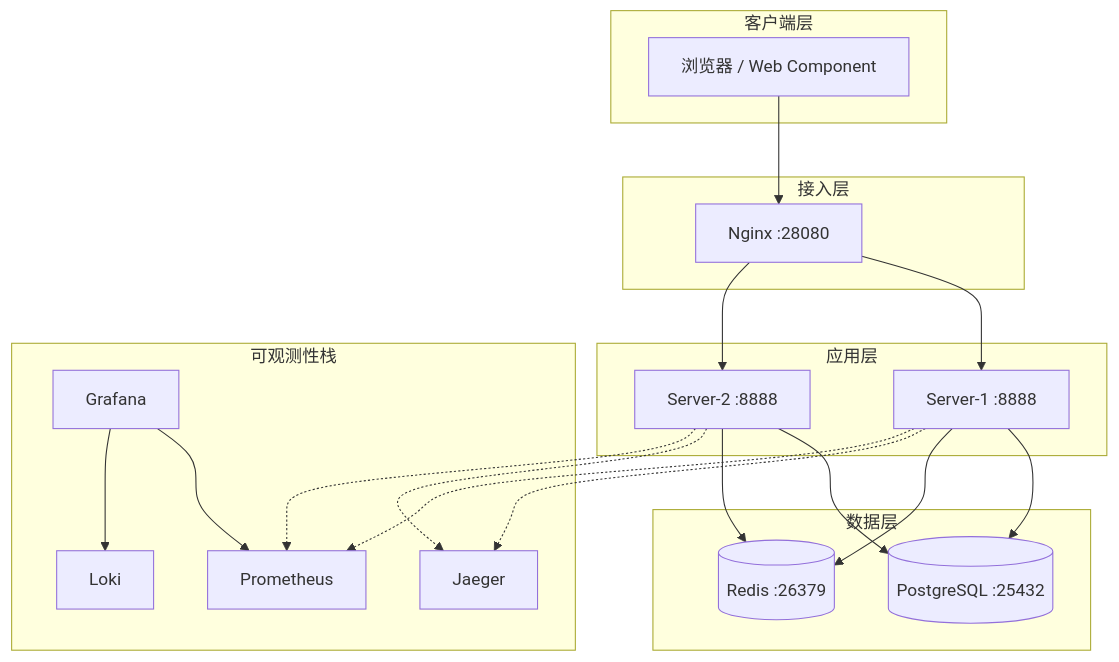
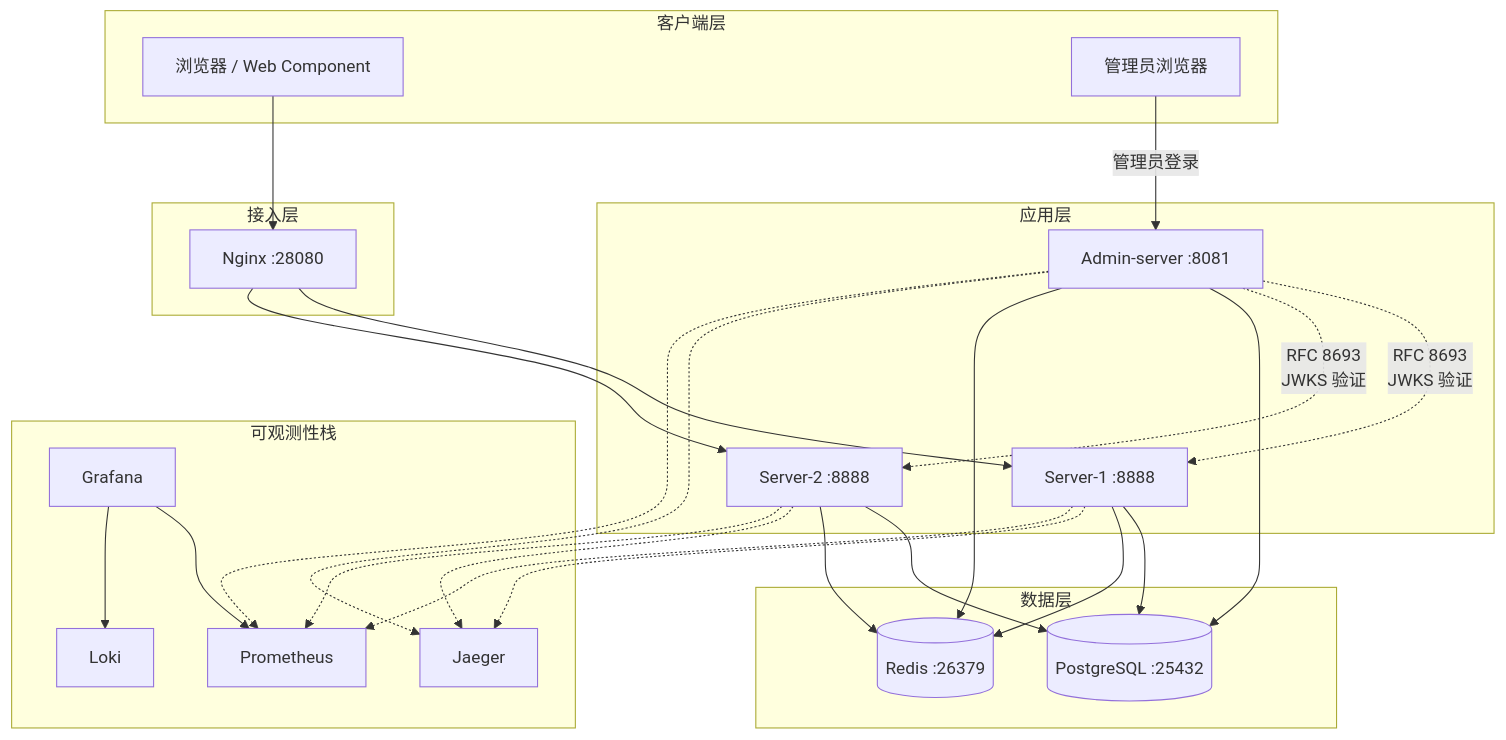
The first of 2 diagrams in src/content/docs/deployment/distributed-deploy.md (rtc-agent/docs), drawn with Mermaid before and after one commit. The commit also changed other lines of this file and 12 other files, not shown here.

````diff
--- a/src/content/docs/deployment/distributed-deploy.md
+++ b/src/content/docs/deployment/distributed-deploy.md
@@ -10,41 +10,50 @@
 ```mermaid
 flowchart TB
     subgraph Client["客户端层"]
         Client1[浏览器 / Web Component]
+        AdminBrowser[管理员浏览器]
     end
 
     subgraph Access["接入层"]
         Nginx[Nginx :28080]
     end
 
     subgraph App["应用层"]
         Server1[Server-1 :8888]
         Server2[Server-2 :8888]
+        AdminSvr[Admin-server :8081]
     end
 
     subgraph Data["数据层"]
         PostgreSQL[(PostgreSQL :25432)]
         Redis[(Redis :26379)]
     end
 
     subgraph Observability["可观测性栈"]
         Jaeger[Jaeger]
         Prometheus[Prometheus]
         Grafana[Grafana]
         Loki[Loki]
     end
 
     Client1 --> Nginx
     Nginx --> Server1
     Nginx --> Server2
+    AdminBrowser -->|"管理员登录"| AdminSvr
+    AdminSvr -.->|"RFC 8693<br/>JWKS 验证"| Server1
+    AdminSvr -.->|"RFC 8693<br/>JWKS 验证"| Server2
     Server1 --> PostgreSQL
     Server1 --> Redis
     Server2 --> PostgreSQL
     Server2 --> Redis
+    AdminSvr --> PostgreSQL
+    AdminSvr --> Redis
     Server1 -.-> Jaeger
     Server2 -.-> Jaeger
+    AdminSvr -.-> Jaeger
     Server1 -.-> Prometheus
     Server2 -.-> Prometheus
+    AdminSvr -.-> Prometheus
     Grafana --> Prometheus
     Grafana --> Loki
 ```
````
